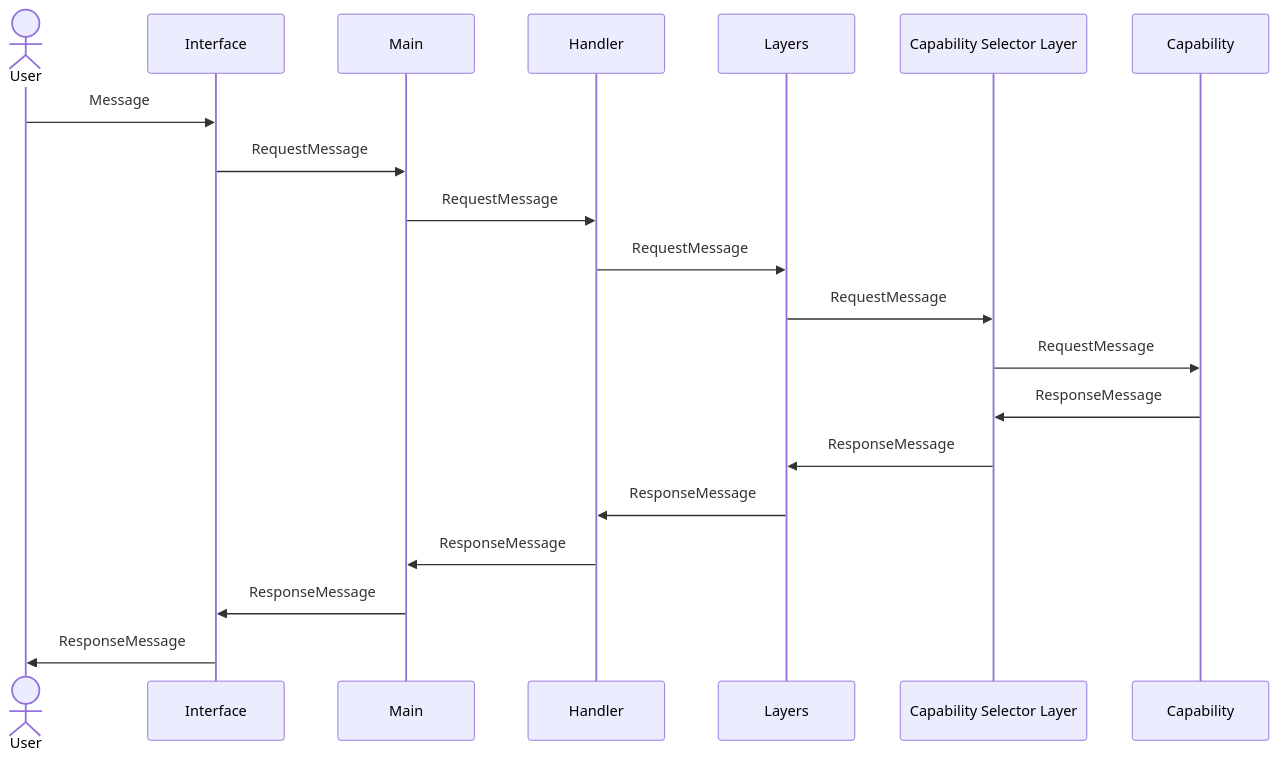
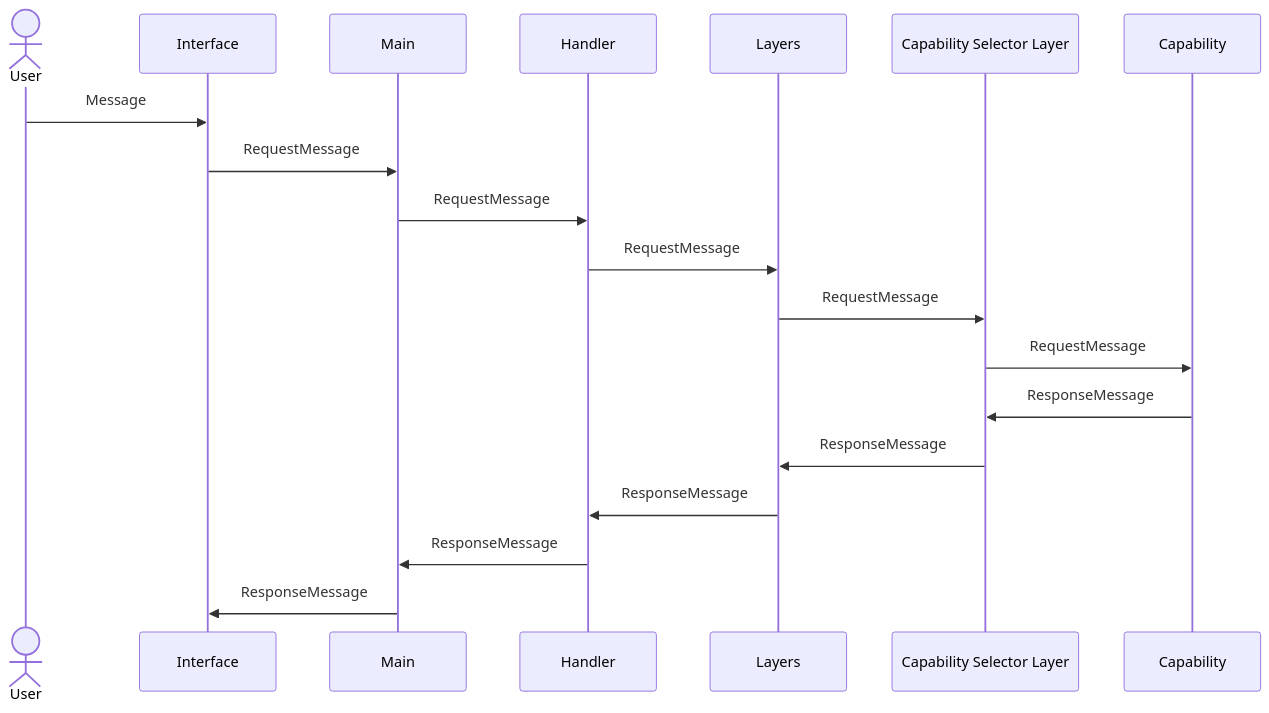
The first of 2 diagrams in README.md (divanvisagie/Layer-Capability-Pattern), drawn with Mermaid before and after one commit. The commit also changed other lines of this file, not shown here.

````diff
--- a/README.md
+++ b/README.md
@@ -12,23 +24,22 @@
 ```mermaid
 sequenceDiagram
     actor U as User
     participant I as Interface
     participant M as Main
     participant H as Handler
     participant L as Layers
     participant CSL as Capability Selector Layer
     participant C as Capability
 
     U ->> I: Message
     I ->> M: RequestMessage
     M ->> H: RequestMessage
     H ->> L: RequestMessage
     L ->> CSL: RequestMessage
     CSL ->> C: RequestMessage
     C ->> CSL: ResponseMessage
     CSL ->> L: ResponseMessage
     L ->> H: ResponseMessage
     H ->> M: ResponseMessage
     M ->> I: ResponseMessage
-    I ->> U: ResponseMessage
 ```
````
